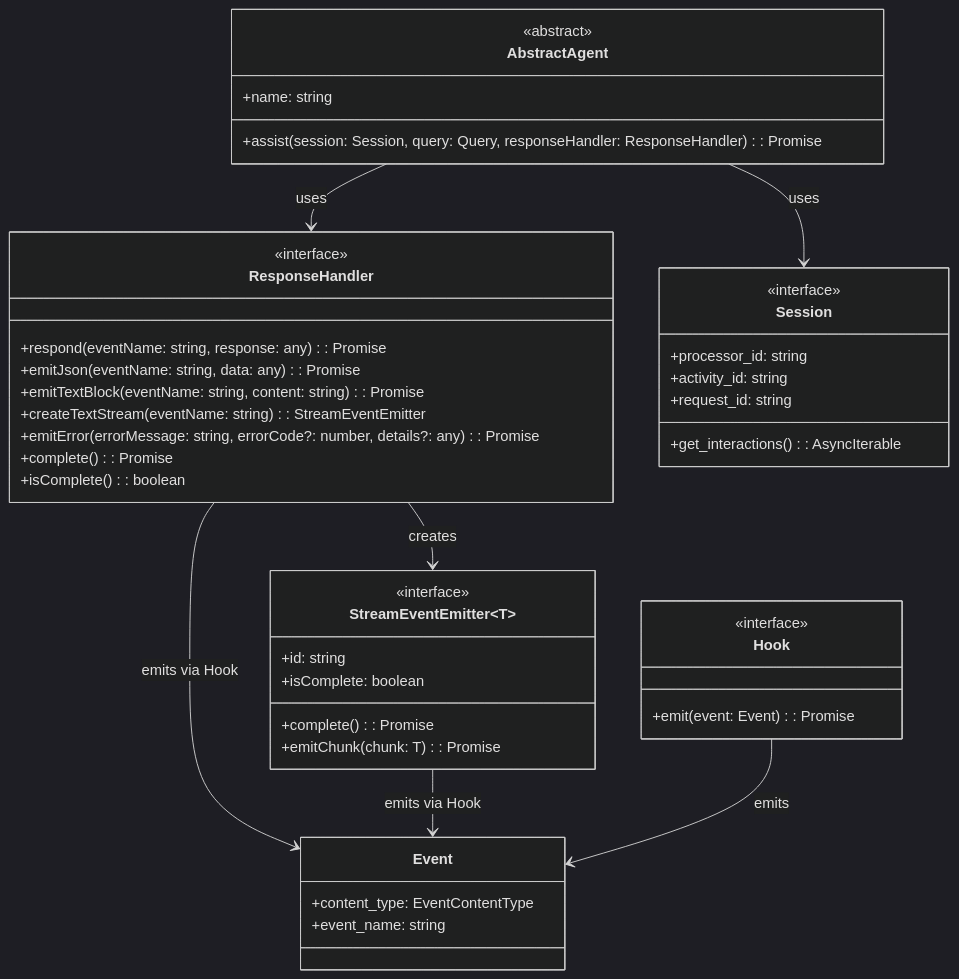
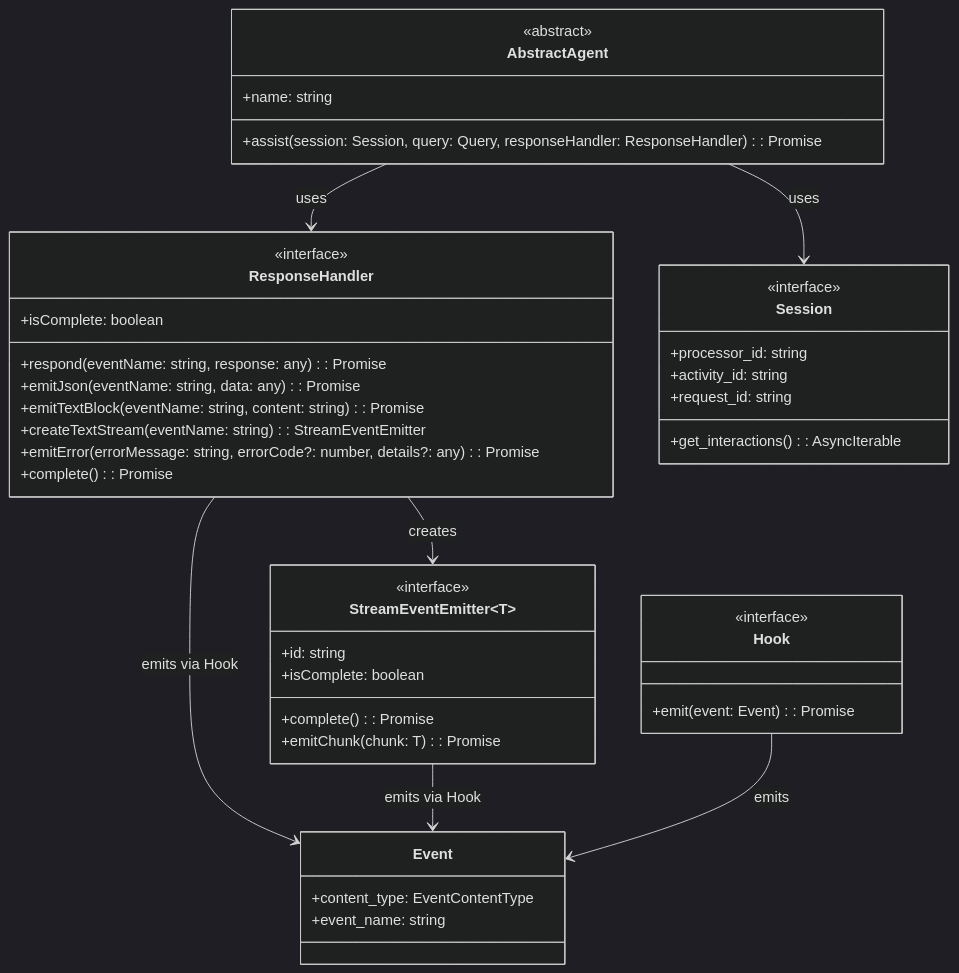
The diagram in src/interface/README.md (alanchelmickjr/sentient-node-sdk), drawn with Mermaid (dark theme) before and after one commit. The commit also changed other lines of this file and 78 other files, not shown here.

````diff
--- a/src/interface/README.md
+++ b/src/interface/README.md
@@ -13,52 +13,52 @@
 ```mermaid
 classDiagram
     class AbstractAgent {
         <<abstract>>
         +name: string
         +assist(session: Session, query: Query, responseHandler: ResponseHandler): Promise<void>
     }
 
     class ResponseHandler {
         <<interface>>
         +respond(eventName: string, response: any): Promise<void>
         +emitJson(eventName: string, data: any): Promise<void>
         +emitTextBlock(eventName: string, content: string): Promise<void>
         +createTextStream(eventName: string): StreamEventEmitter<string>
         +emitError(errorMessage: string, errorCode?: number, details?: any): Promise<void>
         +complete(): Promise<void>
-        +isComplete(): boolean
+        +isComplete: boolean
     }
 
     class StreamEventEmitter~T~ {
         <<interface>>
         +complete(): Promise<void>
         +id: string
         +isComplete: boolean
         +emitChunk(chunk: T): Promise<this>
     }
 
     class Session {
         <<interface>>
         +processor_id: string
         +activity_id: string
         +request_id: string
         +get_interactions(): AsyncIterable<Interaction>
     }
 
     class Hook {
         <<interface>>
         +emit(event: Event): Promise<void>
     }
 
     class Event {
         +content_type: EventContentType
         +event_name: string
     }
 
     AbstractAgent --> ResponseHandler : uses
     AbstractAgent --> Session : uses
     ResponseHandler --> StreamEventEmitter : creates
     ResponseHandler --> Event : emits via Hook
     StreamEventEmitter --> Event : emits via Hook
     Hook --> Event : emits
 ```
````
